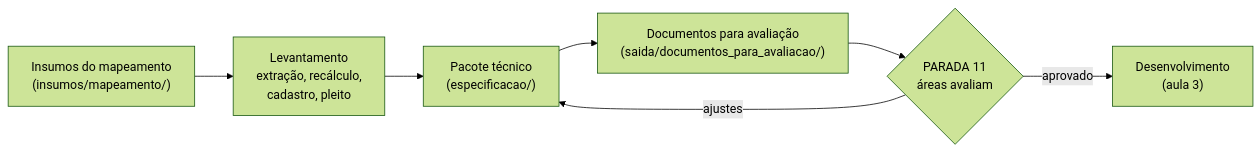
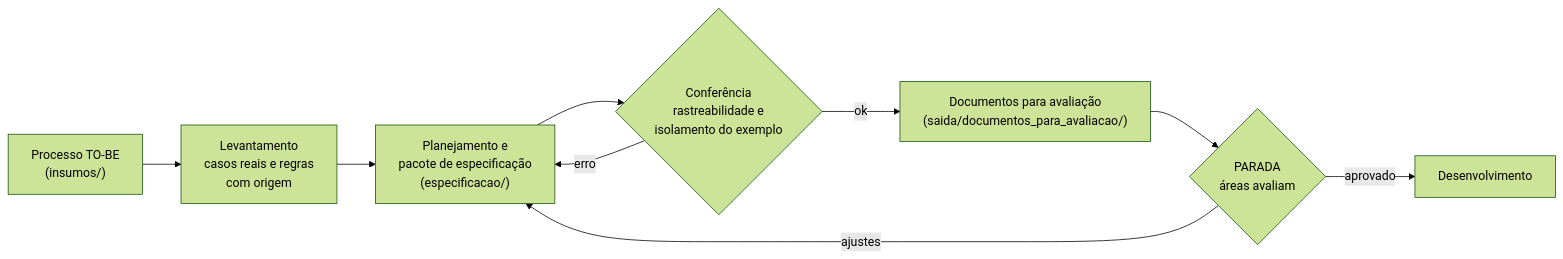
Before and after one commit to RaulAraujoSilva/framework-especificacao-sistemas: the diagram in docs/metodologia/00_VISAO_GERAL.md, drawn with Mermaid (forest theme). The commit also changed other lines of this file and 195 other files, not shown here.

First line of the commit message:
refactor: repositório vira framework genérico, com o caso isolado em exemplo/

````diff
--- a/docs/metodologia/00_VISAO_GERAL.md
+++ b/docs/metodologia/00_VISAO_GERAL.md
@@ -18,9 +33,11 @@
 ```mermaid
 flowchart LR
-  A["Insumos do mapeamento<br/>(insumos/mapeamento/)"] --> B["Levantamento<br/>extração, recálculo,<br/>cadastro, pleito"]
-  B --> C["Pacote técnico<br/>(especificacao/)"]
-  C --> D["Documentos para avaliação<br/>(saida/documentos_para_avaliacao/)"]
-  D --> E{"PARADA 11<br/>áreas avaliam"}
+  A["Processo TO-BE<br/>(insumos/)"] --> B["Levantamento<br/>casos reais e regras<br/>com origem"]
+  B --> C["Planejamento e<br/>pacote de especificação<br/>(especificacao/)"]
+  C --> K{"Conferência<br/>rastreabilidade e<br/>isolamento do exemplo"}
+  K -->|erro| C
+  K -->|ok| D["Documentos para avaliação<br/>(saida/documentos_para_avaliacao/)"]
+  D --> E{"PARADA<br/>áreas avaliam"}
   E -->|ajustes| C
-  E -->|aprovado| F["Desenvolvimento<br/>(aula 3)"]
+  E -->|aprovado| F["Desenvolvimento"]
 ```
````
